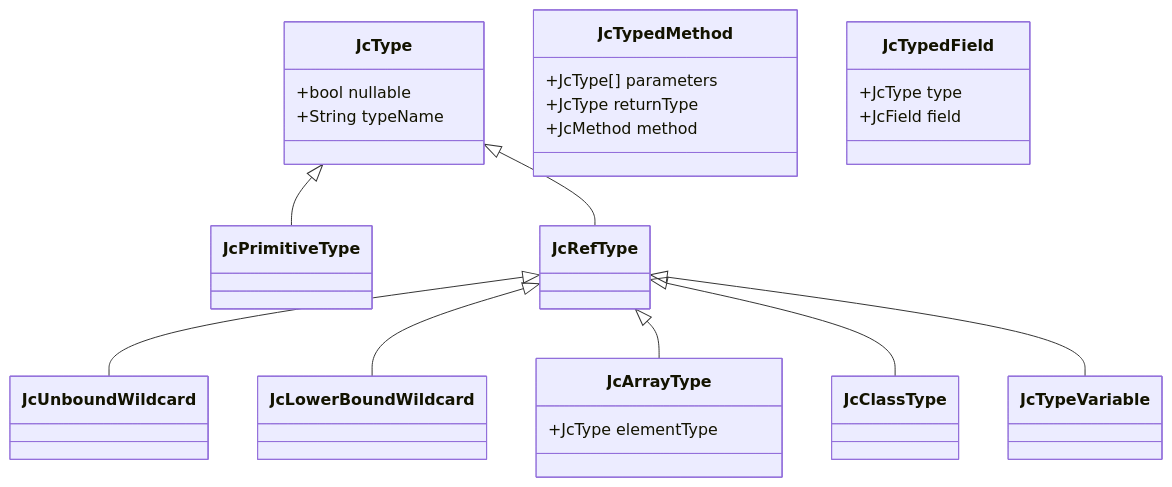
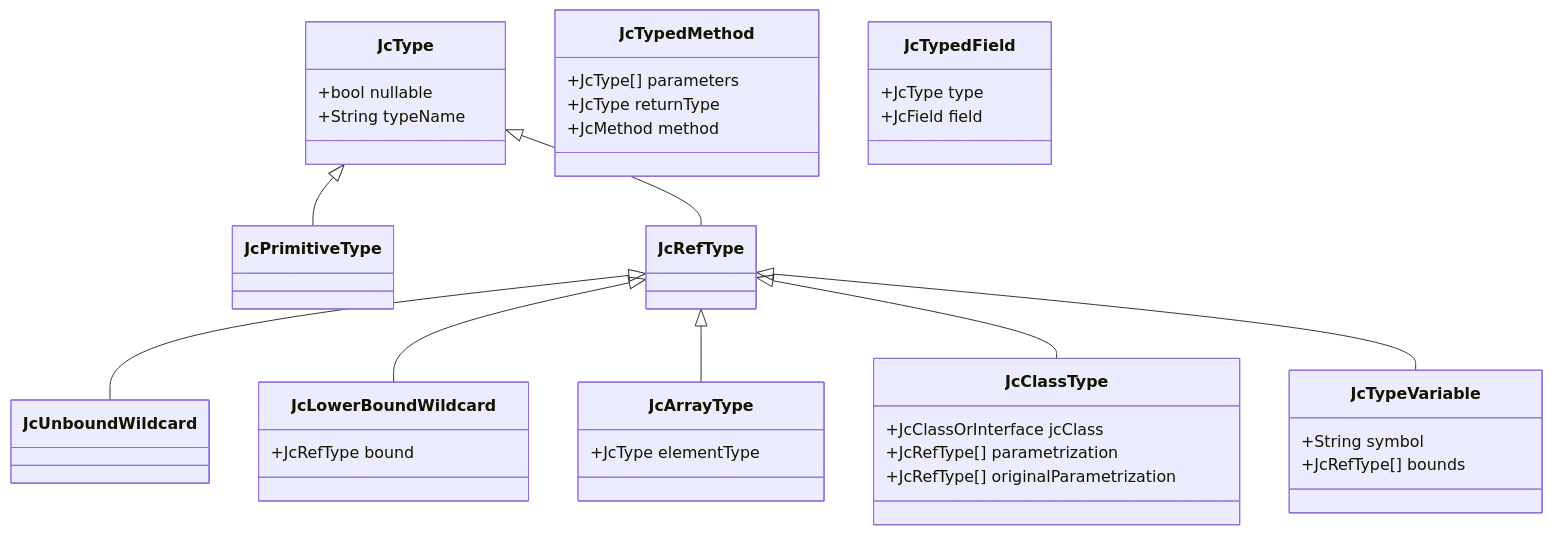
The second of 4 diagrams in design.md (UnitTestBot/jacodb), drawn with Mermaid before and after one commit. The commit also changed 9 other files, not shown here.

````diff
--- a/design.md
+++ b/design.md
@@ -75,31 +75,43 @@
 ```mermaid
 classDiagram
     JcType <|-- JcPrimitiveType
     JcType <|-- JcRefType
     JcRefType <|-- JcUnboundWildcard
     JcRefType <|-- JcLowerBoundWildcard
     JcRefType <|-- JcArrayType
     JcRefType <|-- JcClassType
     JcRefType <|-- JcTypeVariable
     class JcType {
       +bool nullable
       +String typeName
     }
 
     class JcRefType {
     }
     class JcArrayType {
        +JcType elementType
     }
 
     class JcTypedMethod {
       +JcType[] parameters
       +JcType returnType
       +JcMethod method
     }
 
     class JcTypedField {
       +JcType type
       +JcField field
     }
+    class JcClassType {
+      +JcClassOrInterface jcClass
+      +JcRefType[] parametrization
+      +JcRefType[] originalParametrization
+    }
+    class JcTypeVariable {
+      +String symbol
+      +JcRefType[] bounds
+    }
+    class JcLowerBoundWildcard {
+      +JcRefType bound
+    }
 ``` 
````
